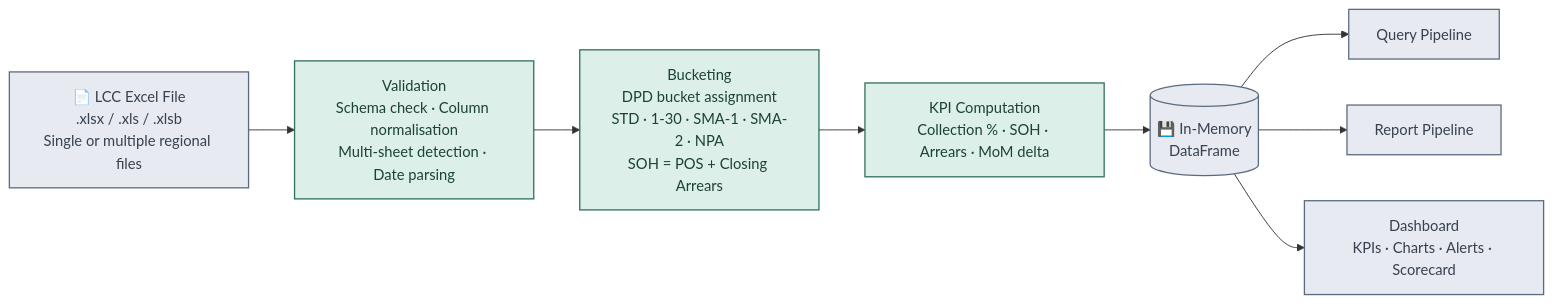
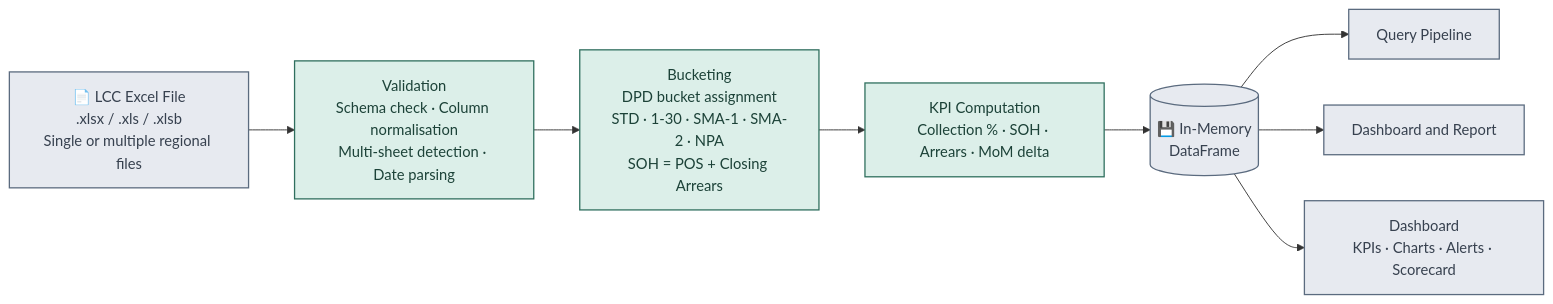
The third of 3 diagrams in README.md (Sanjay-00/CollectionIQ), drawn with Mermaid before and after one commit. The commit also changed other lines of this file and 68 other files, not shown here.

Commit message:
New monthly report, Dashboard summary, roll analysis; drop classic report

````diff
--- a/README.md
+++ b/README.md
@@ -353,15 +363,15 @@
 ```mermaid
 flowchart LR
     XL["📄 LCC Excel File\n.xlsx / .xls / .xlsb\nSingle or multiple regional files"] --> VAL["Validation\nSchema check · Column normalisation\nMulti-sheet detection · Date parsing"]
     VAL --> BK["Bucketing\nDPD bucket assignment\nSTD · 1-30 · SMA-1 · SMA-2 · NPA\nSOH = POS + Closing Arrears"]
     BK --> KPI["KPI Computation\nCollection % · SOH · Arrears · MoM delta"]
     KPI --> DF[("💾 In-Memory\nDataFrame")]
     DF --> QP2["Query Pipeline"]
-    DF --> RP2["Report Pipeline"]
+    DF --> RP2["Dashboard and Report"]
     DF --> DB["Dashboard\nKPIs · Charts · Alerts · Scorecard"]
 
     classDef det fill:#DCEFE9,stroke:#2F6F5E,color:#1C4238,stroke-width:1.4px;
     classDef neutral fill:#E7EAF0,stroke:#5B6B7F,color:#37414F,stroke-width:1.4px;
     class VAL,BK,KPI det;
     class XL,DF,QP2,RP2,DB neutral;
 ```
````
